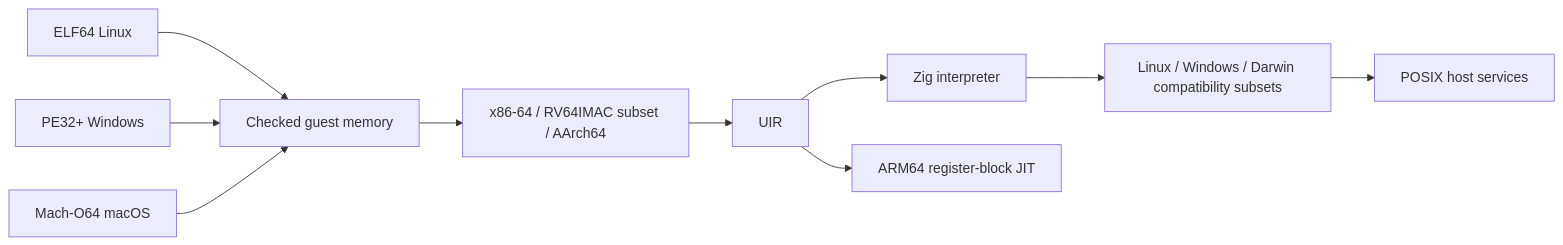
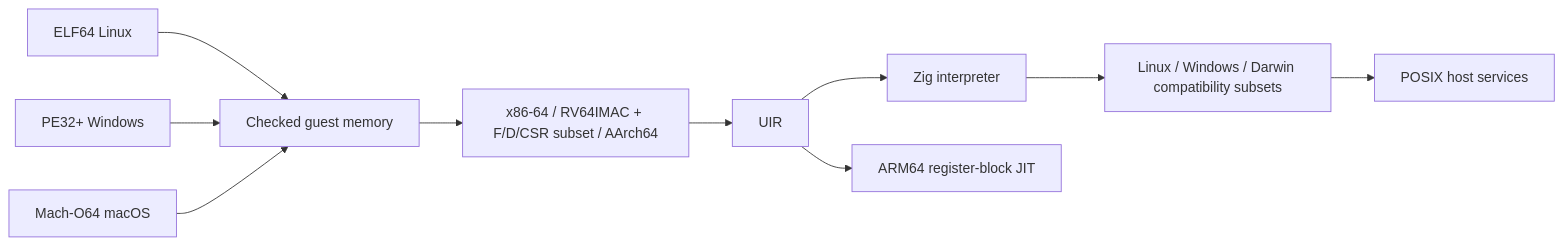
One commit to OthmaneBlial/universe changed the diagram in README.md. Above: the diagram before and after it, drawn with Mermaid. The commit also changed other lines of this file and 17 other files, not shown here.

Commit message:
Add a RISC-V F/D transfer and CSR subset

````diff
--- a/README.md
+++ b/README.md
@@ -165,12 +169,12 @@
 ```mermaid
 flowchart LR
     ELF[ELF64 Linux] --> Memory[Checked guest memory]
     PE[PE32+ Windows] --> Memory
     MachO[Mach-O64 macOS] --> Memory
-    Memory --> CPU[x86-64 / RV64IMAC subset / AArch64]
+    Memory --> CPU[x86-64 / RV64IMAC + F/D/CSR subset / AArch64]
     CPU --> UIR
     UIR --> Interpreter[Zig interpreter]
     UIR --> JIT[ARM64 register-block JIT]
     Interpreter --> ABI[Linux / Windows / Darwin compatibility subsets]
     ABI --> Host[POSIX host services]
 ```
````
